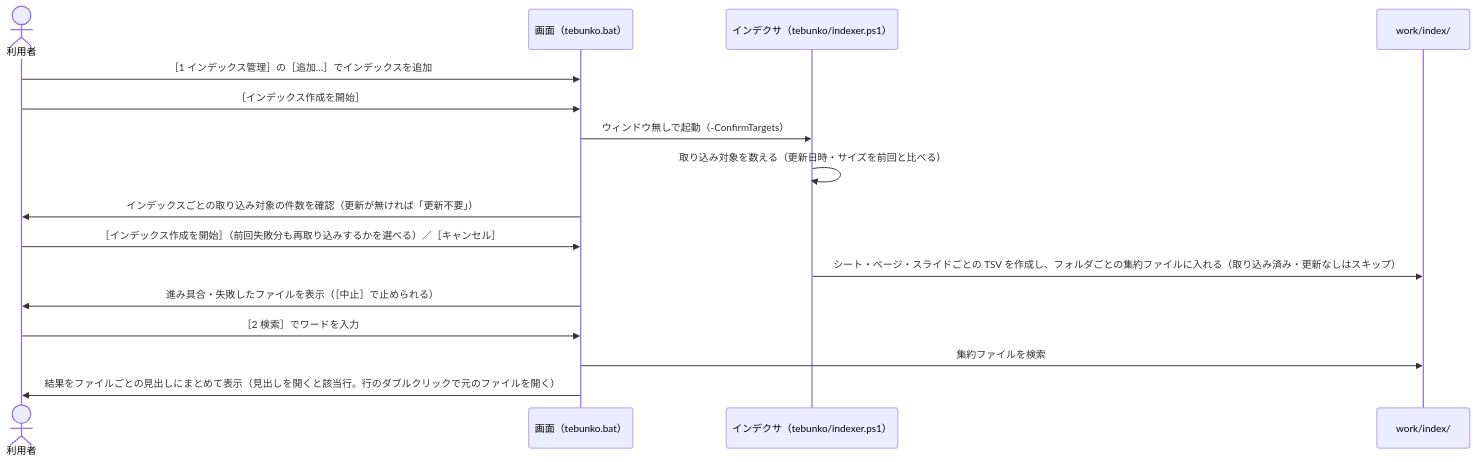
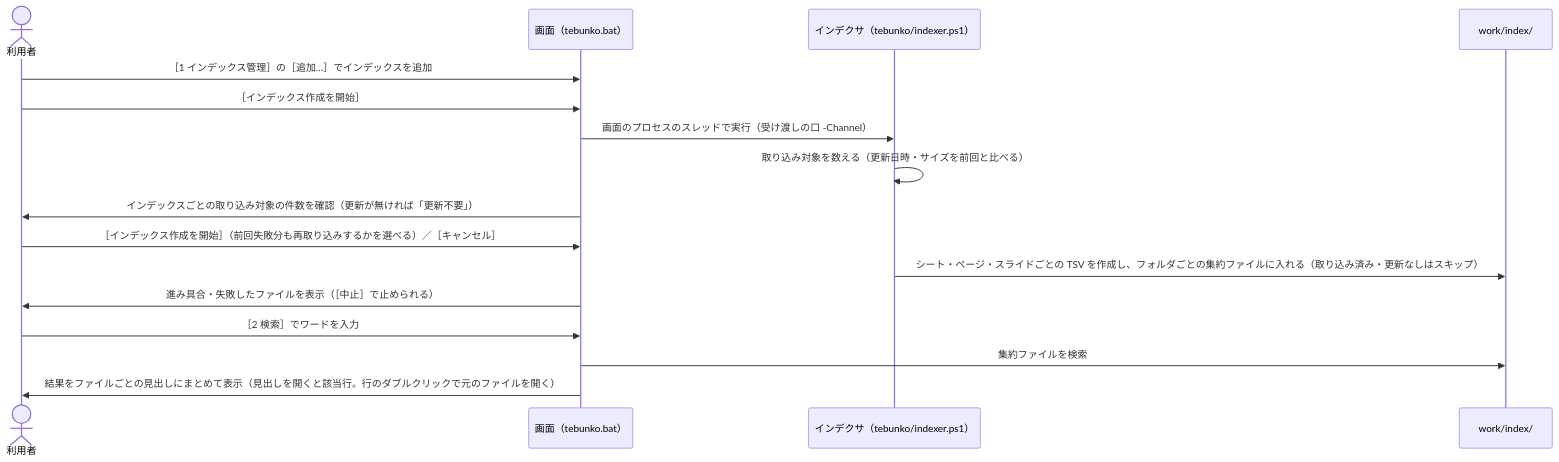
Before and after one commit to hsgwa/tebunko: the second of 2 diagrams in docs/00_index.md, drawn with Mermaid. The commit also changed other lines of this file and 69 other files, not shown here.

````diff
--- a/docs/00_index.md
+++ b/docs/00_index.md
@@ -159,19 +161,19 @@
 ```mermaid
 sequenceDiagram
     actor U as 利用者
     participant G as 画面（tebunko.bat）
     participant CV as インデクサ（tebunko/indexer.ps1）
     participant W as work/index/
 
     U->>G: ［1 インデックス管理］の［追加…］でインデックスを追加
     U->>G: ［インデックス作成を開始］
-    G->>CV: ウィンドウ無しで起動（-ConfirmTargets）
+    G->>CV: 画面のプロセスのスレッドで実行（受け渡しの口 -Channel）
     CV->>CV: 取り込み対象を数える（更新日時・サイズを前回と比べる）
     G->>U: インデックスごとの取り込み対象の件数を確認（更新が無ければ「更新不要」）
     U->>G: ［インデックス作成を開始］（前回失敗分も再取り込みするかを選べる）／［キャンセル］
     CV->>W: シート・ページ・スライドごとの TSV を作成し、フォルダごとの集約ファイルに入れる（取り込み済み・更新なしはスキップ）
     G->>U: 進み具合・失敗したファイルを表示（［中止］で止められる）
     U->>G: ［2 検索］でワードを入力
     G->>W: 集約ファイルを検索
     G->>U: 結果をファイルごとの見出しにまとめて表示（見出しを開くと該当行。行のダブルクリックで元のファイルを開く）
 ```
````
